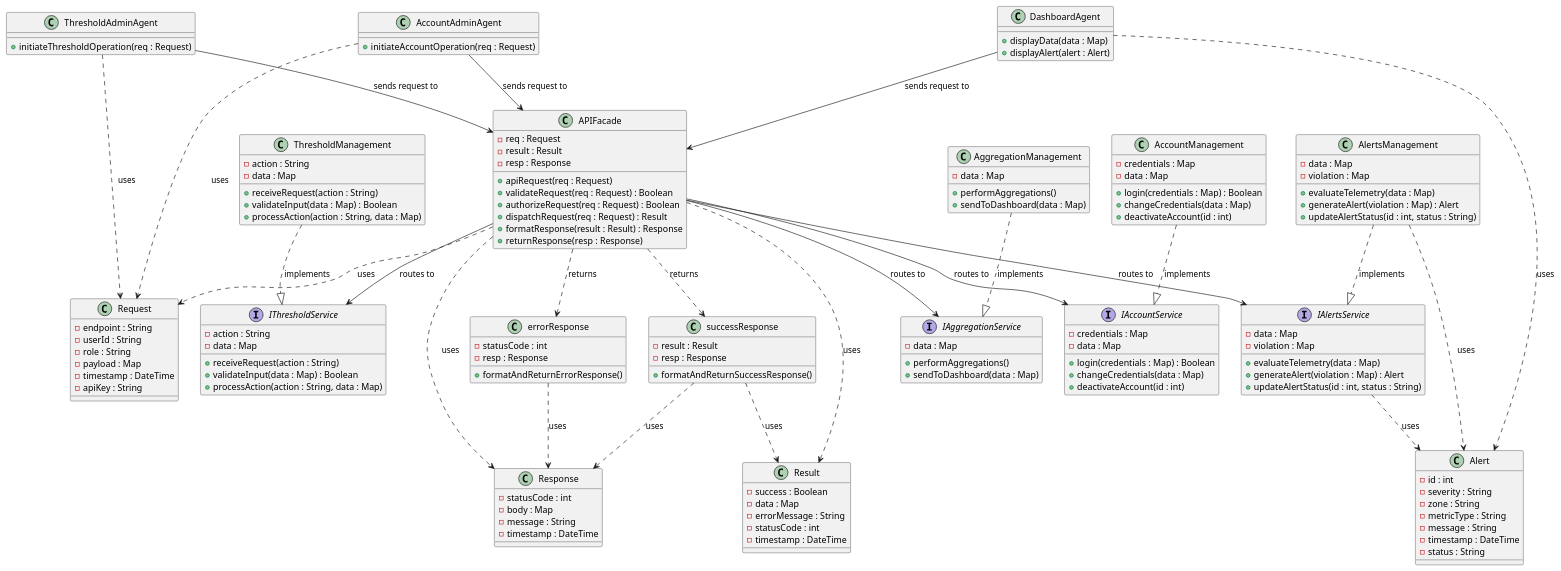
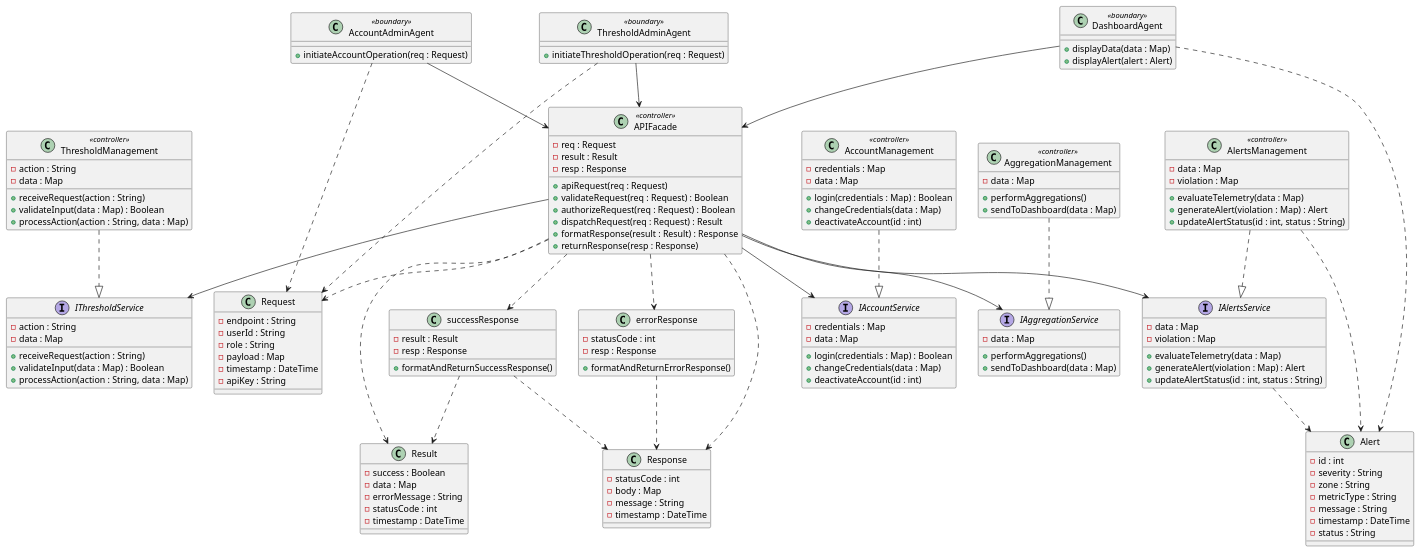
One commit to harmanpreet-sagar/sfwreng-3a04-group6-t01-scemas changed the diagram in docs/diagrams/plantuml/class/api_facade_class.puml. Above: the diagram before and after it, drawn with PlantUML. The commit also changed 1 other file, not shown here.

Commit message:
remove line labels and add controller and boundary class labels

```diff
--- a/docs/diagrams/plantuml/class/api_facade_class.puml
+++ b/docs/diagrams/plantuml/class/api_facade_class.puml
@@ -1,168 +1,168 @@
 @startuml APIFacade_ClassDiagram
 
 class Request {
   -endpoint : String
   -userId : String
   -role : String
   -payload : Map
   -timestamp : DateTime
   -apiKey : String
 }
 
 class Result {
   -success : Boolean
   -data : Map
   -errorMessage : String
   -statusCode : int
   -timestamp : DateTime
 }
 
 class Response {
   -statusCode : int
   -body : Map
   -message : String
   -timestamp : DateTime
 }
 
 class Alert {
   -id : int
   -severity : String
   -zone : String
   -metricType : String
   -message : String
   -timestamp : DateTime
   -status : String
 }
 
-class AccountAdminAgent {
+class AccountAdminAgent <<boundary>> {
   +initiateAccountOperation(req : Request)
 }
 
-class ThresholdAdminAgent {
+class ThresholdAdminAgent <<boundary>> {
   +initiateThresholdOperation(req : Request)
 }
 
-class DashboardAgent {
+class DashboardAgent <<boundary>> {
   +displayData(data : Map)
   +displayAlert(alert : Alert)
 }
 
-class APIFacade {
+class APIFacade <<controller>> {
   -req : Request
   -result : Result
   -resp : Response
   +apiRequest(req : Request)
   +validateRequest(req : Request) : Boolean
   +authorizeRequest(req : Request) : Boolean
   +dispatchRequest(req : Request) : Result
   +formatResponse(result : Result) : Response
   +returnResponse(resp : Response)
 }
 
 interface IThresholdService {
   -action : String
   -data : Map
   +receiveRequest(action : String)
   +validateInput(data : Map) : Boolean
   +processAction(action : String, data : Map)
 }
 
 interface IAccountService {
   -credentials : Map
   -data : Map
   +login(credentials : Map) : Boolean
   +changeCredentials(data : Map)
   +deactivateAccount(id : int)
 }
 
 interface IAlertsService {
   -data : Map
   -violation : Map
   +evaluateTelemetry(data : Map)
   +generateAlert(violation : Map) : Alert
   +updateAlertStatus(id : int, status : String)
 }
 
 interface IAggregationService {
   -data : Map
   +performAggregations()
   +sendToDashboard(data : Map)
 }
 
-class ThresholdManagement {
+class ThresholdManagement <<controller>> {
   -action : String
   -data : Map
   +receiveRequest(action : String)
   +validateInput(data : Map) : Boolean
   +processAction(action : String, data : Map)
 }
 
-class AccountManagement {
+class AccountManagement <<controller>> {
   -credentials : Map
   -data : Map
   +login(credentials : Map) : Boolean
   +changeCredentials(data : Map)
   +deactivateAccount(id : int)
 }
 
-class AlertsManagement {
+class AlertsManagement <<controller>> {
   -data : Map
   -violation : Map
   +evaluateTelemetry(data : Map)
   +generateAlert(violation : Map) : Alert
   +updateAlertStatus(id : int, status : String)
 }
 
-class AggregationManagement {
+class AggregationManagement <<controller>> {
   -data : Map
   +performAggregations()
   +sendToDashboard(data : Map)
 }
 
 class successResponse {
   -result : Result
   -resp : Response
   +formatAndReturnSuccessResponse()
 }
 
 class errorResponse {
   -statusCode : int
   -resp : Response
   +formatAndReturnErrorResponse()
 }
 
 ' Custom type dependencies
-AccountAdminAgent ..> Request   : uses
-ThresholdAdminAgent ..> Request : uses
-DashboardAgent ..> Alert        : uses
-APIFacade ..> Request           : uses
-APIFacade ..> Result            : uses
-APIFacade ..> Response          : uses
-IAlertsService ..> Alert        : uses
-AlertsManagement ..> Alert      : uses
-successResponse ..> Result      : uses
-successResponse ..> Response    : uses
-errorResponse ..> Response      : uses
+AccountAdminAgent ..> Request
+ThresholdAdminAgent ..> Request
+DashboardAgent ..> Alert
+APIFacade ..> Request
+APIFacade ..> Result
+APIFacade ..> Response
+IAlertsService ..> Alert
+AlertsManagement ..> Alert
+successResponse ..> Result
+successResponse ..> Response
+errorResponse ..> Response
 
 ' Agents send requests to APIFacade
-AccountAdminAgent   --> APIFacade : sends request to
-ThresholdAdminAgent --> APIFacade : sends request to
-DashboardAgent      --> APIFacade : sends request to
+AccountAdminAgent   --> APIFacade
+ThresholdAdminAgent --> APIFacade
+DashboardAgent      --> APIFacade
 
 ' APIFacade routes to service interfaces
-APIFacade --> IThresholdService   : routes to
-APIFacade --> IAccountService     : routes to
-APIFacade --> IAlertsService      : routes to
-APIFacade --> IAggregationService : routes to
+APIFacade --> IThresholdService
+APIFacade --> IAccountService
+APIFacade --> IAlertsService
+APIFacade --> IAggregationService
 
 ' APIFacade produces success or error response
-APIFacade ..> successResponse : returns
-APIFacade ..> errorResponse   : returns
+APIFacade ..> successResponse
+APIFacade ..> errorResponse
 
 ' Concrete classes implement service interfaces
-ThresholdManagement   ..|> IThresholdService   : implements
-AccountManagement     ..|> IAccountService     : implements
-AlertsManagement      ..|> IAlertsService      : implements
-AggregationManagement ..|> IAggregationService : implements
+ThresholdManagement   ..|> IThresholdService
+AccountManagement     ..|> IAccountService
+AlertsManagement      ..|> IAlertsService
+AggregationManagement ..|> IAggregationService
 
 @enduml
```
